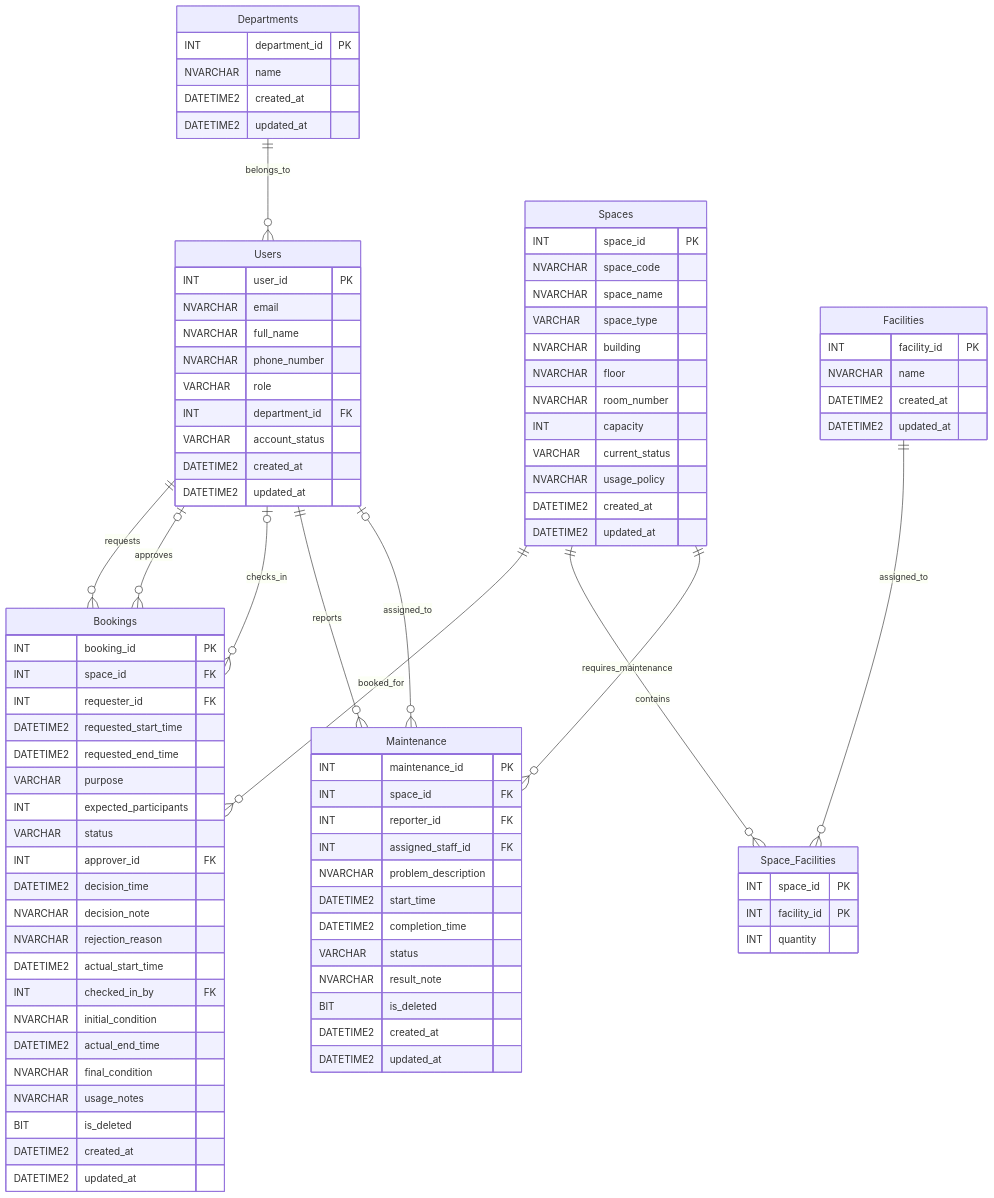
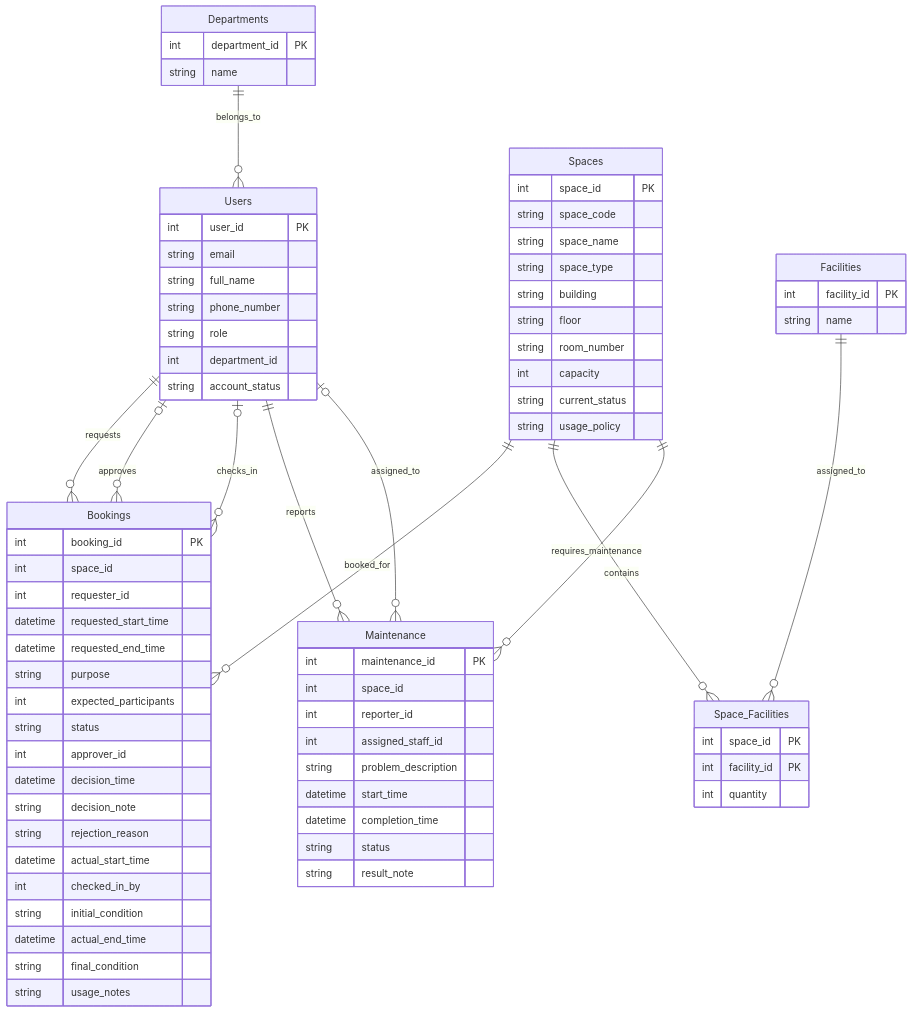
The diagram in outputs/02-erd-design-G05.md (AmnO-O/CS486-Project), drawn with Mermaid before and after one commit. The commit also changed other lines of this file and 4 other files, not shown here.

````diff
--- a/outputs/02-erd-design-G05.md
+++ b/outputs/02-erd-design-G05.md
@@ -17,89 +17,75 @@
 ```mermaid
 erDiagram
     Departments {
-        INT department_id PK
-        NVARCHAR name
-        DATETIME2 created_at
-        DATETIME2 updated_at
+        int department_id PK
+        string name
     }
 
     Users {
-        INT user_id PK
-        NVARCHAR email
-        NVARCHAR full_name
-        NVARCHAR phone_number
-        VARCHAR role
-        INT department_id FK
-        VARCHAR account_status
-        DATETIME2 created_at
-        DATETIME2 updated_at
+        int user_id PK
+        string email
+        string full_name
+        string phone_number
+        string role
+        int department_id
+        string account_status
     }
 
     Spaces {
-        INT space_id PK
-        NVARCHAR space_code
-        NVARCHAR space_name
-        VARCHAR space_type
-        NVARCHAR building
-        NVARCHAR floor
-        NVARCHAR room_number
-        INT capacity
-        VARCHAR current_status
-        NVARCHAR usage_policy
-        DATETIME2 created_at
-        DATETIME2 updated_at
+        int space_id PK
+        string space_code
+        string space_name
+        string space_type
+        string building
+        string floor
+        string room_number
+        int capacity
+        string current_status
+        string usage_policy
     }
 
     Facilities {
-        INT facility_id PK
-        NVARCHAR name
-        DATETIME2 created_at
-        DATETIME2 updated_at
+        int facility_id PK
+        string name
     }
 
     Space_Facilities {
-        INT space_id PK
-        INT facility_id PK
-        INT quantity
+        int space_id PK
+        int facility_id PK
+        int quantity
     }
 
     Bookings {
-        INT booking_id PK
-        INT space_id FK
-        INT requester_id FK
-        DATETIME2 requested_start_time
-        DATETIME2 requested_end_time
-        VARCHAR purpose
-        INT expected_participants
-        VARCHAR status
-        INT approver_id FK
-        DATETIME2 decision_time
-        NVARCHAR decision_note
-        NVARCHAR rejection_reason
-        DATETIME2 actual_start_time
-        INT checked_in_by FK
-        NVARCHAR initial_condition
-        DATETIME2 actual_end_time
-        NVARCHAR final_condition
-        NVARCHAR usage_notes
-        BIT is_deleted
-        DATETIME2 created_at
-        DATETIME2 updated_at
+        int booking_id PK
+        int space_id
+        int requester_id
+        datetime requested_start_time
+        datetime requested_end_time
+        string purpose
+        int expected_participants
+        string status
+        int approver_id
+        datetime decision_time
+        string decision_note
+        string rejection_reason
+        datetime actual_start_time
+        int checked_in_by
+        string initial_condition
+        datetime actual_end_time
+        string final_condition
+        string usage_notes
     }
 
     Maintenance {
-        INT maintenance_id PK
-        INT space_id FK
-        INT reporter_id FK
-        INT assigned_staff_id FK
-        NVARCHAR problem_description
-        DATETIME2 start_time
-        DATETIME2 completion_time
-        VARCHAR status
-        NVARCHAR result_note
-        BIT is_deleted
-        DATETIME2 created_at
-        DATETIME2 updated_at
+        int maintenance_id PK
+        int space_id
+        int reporter_id
+        int assigned_staff_id
+        string problem_description
+        datetime start_time
+        datetime completion_time
+        string status
+        string result_note
     }
 
     Departments ||--o{ Users : "belongs_to"
````
